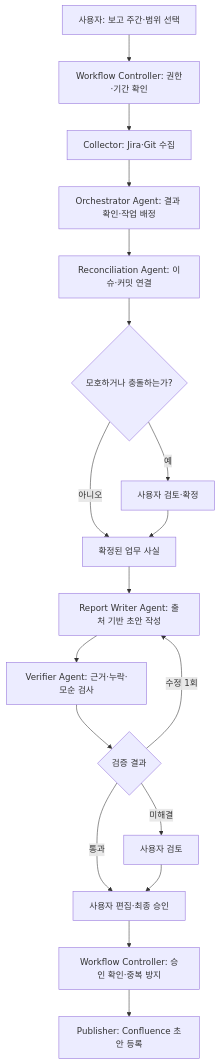
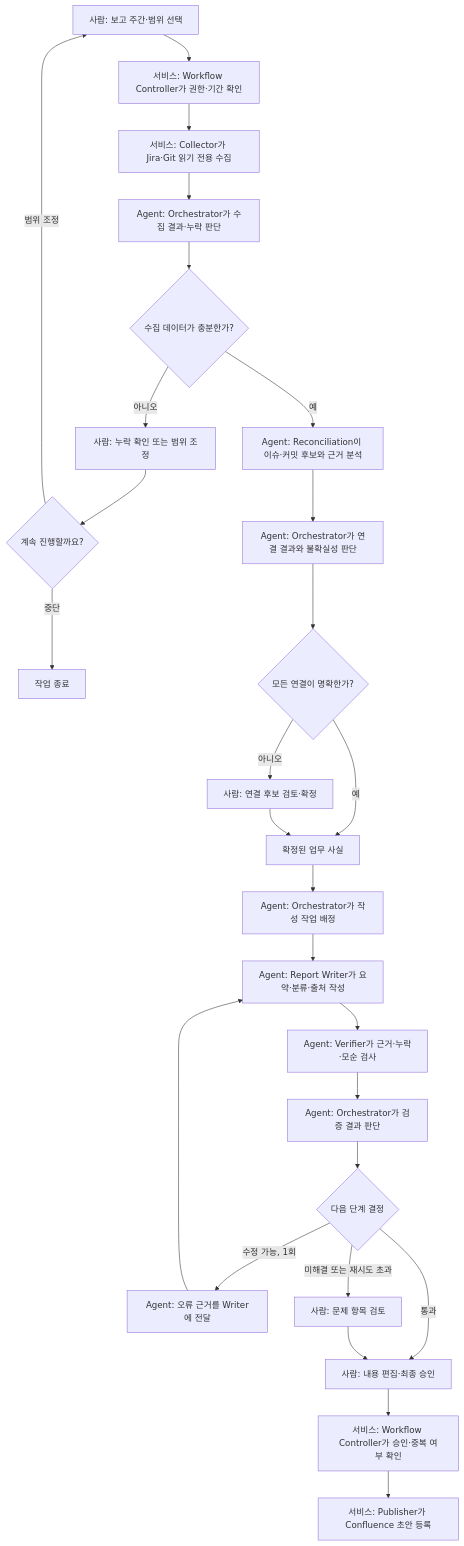
Before and after one commit to songnode/AX-Mentoring-8: the diagram in 2-1.문제 정의 및 서비스 기획(윤자영).md, drawn with Mermaid. The commit also changed other lines of this file, not shown here.

Commit message:
Revise workflow to multi-agent model with Orchestrator
Updated the workflow section to reflect a multi-agent approach with an Orchestrator Agent. Added detailed flowcharts and clarified roles of agents and services in the process.

````diff
--- a/2-1.문제 정의 및 서비스 기획(윤자영).md
+++ b/2-1.문제 정의 및 서비스 기획(윤자영).md
@@ -54,20 +35,29 @@
 ```mermaid
 flowchart TD
-    A[사용자: 보고 주간·범위 선택] --> B[Workflow Controller: 권한·기간 확인]
-    B --> C[Collector: Jira·Git 수집]
-    C --> D[Orchestrator Agent: 결과 확인·작업 배정]
-    D --> E[Reconciliation Agent: 이슈·커밋 연결]
-    E --> F{모호하거나 충돌하는가?}
-    F -- 예 --> G[사용자 검토·확정]
-    F -- 아니오 --> H[확정된 업무 사실]
-    G --> H
-    H --> I[Report Writer Agent: 출처 기반 초안 작성]
-    I --> J[Verifier Agent: 근거·누락·모순 검사]
-    J --> K{검증 결과}
-    K -- 통과 --> L[사용자 편집·최종 승인]
-    K -- 수정 1회 --> I
-    K -- 미해결 --> M[사용자 검토]
-    M --> L
-    L --> N[Workflow Controller: 승인 확인·중복 방지]
-    N --> O[Publisher: Confluence 초안 등록]
+    A["사람: 보고 주간·범위 선택"] --> B["서비스: Workflow Controller가 권한·기간 확인"]
+    B --> C["서비스: Collector가 Jira·Git 읽기 전용 수집"]
+    C --> D["Agent: Orchestrator가 수집 결과·누락 판단"]
+    D --> E{"수집 데이터가 충분한가?"}
+    E -- 예 --> F["Agent: Reconciliation이 이슈·커밋 후보와 근거 분석"]
+    E -- 아니오 --> G["사람: 누락 확인 또는 범위 조정"]
+    G --> H{"계속 진행할까요?"}
+    H -- 범위 조정 --> A
+    H -- 중단 --> Z["작업 종료"]
+    F --> I["Agent: Orchestrator가 연결 결과와 불확실성 판단"]
+    I --> J{"모든 연결이 명확한가?"}
+    J -- 예 --> K["확정된 업무 사실"]
+    J -- 아니오 --> L["사람: 연결 후보 검토·확정"]
+    L --> K
+    K --> M["Agent: Orchestrator가 작성 작업 배정"]
+    M --> N["Agent: Report Writer가 요약·분류·출처 작성"]
+    N --> O["Agent: Verifier가 근거·누락·모순 검사"]
+    O --> P["Agent: Orchestrator가 검증 결과 판단"]
+    P --> Q{"다음 단계 결정"}
+    Q -- 통과 --> R["사람: 내용 편집·최종 승인"]
+    Q -- 수정 가능, 1회 --> S["Agent: 오류 근거를 Writer에 전달"]
+    S --> N
+    Q -- 미해결 또는 재시도 초과 --> T["사람: 문제 항목 검토"]
+    T --> R
+    R --> U["서비스: Workflow Controller가 승인·중복 여부 확인"]
+    U --> V["서비스: Publisher가 Confluence 초안 등록"]
 ```
````
